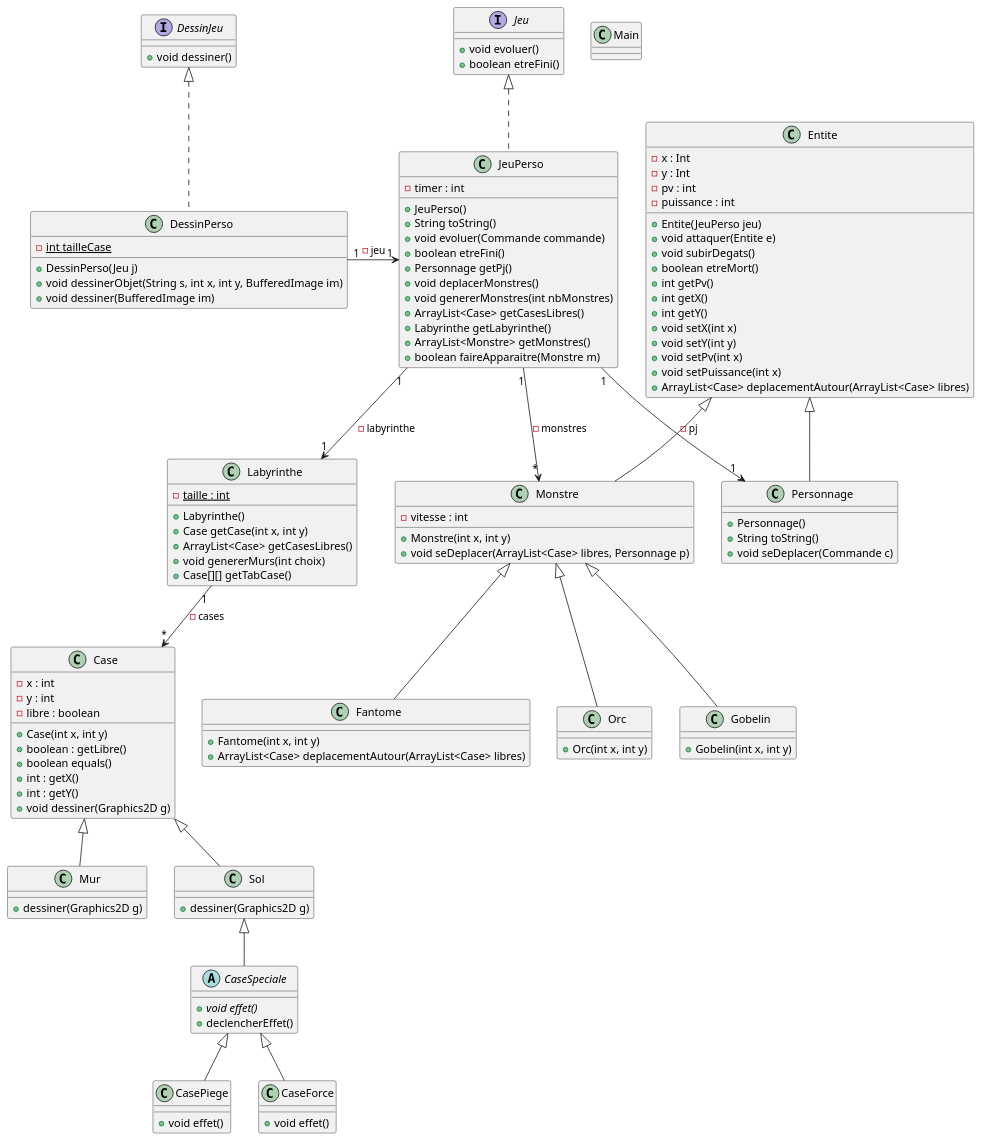
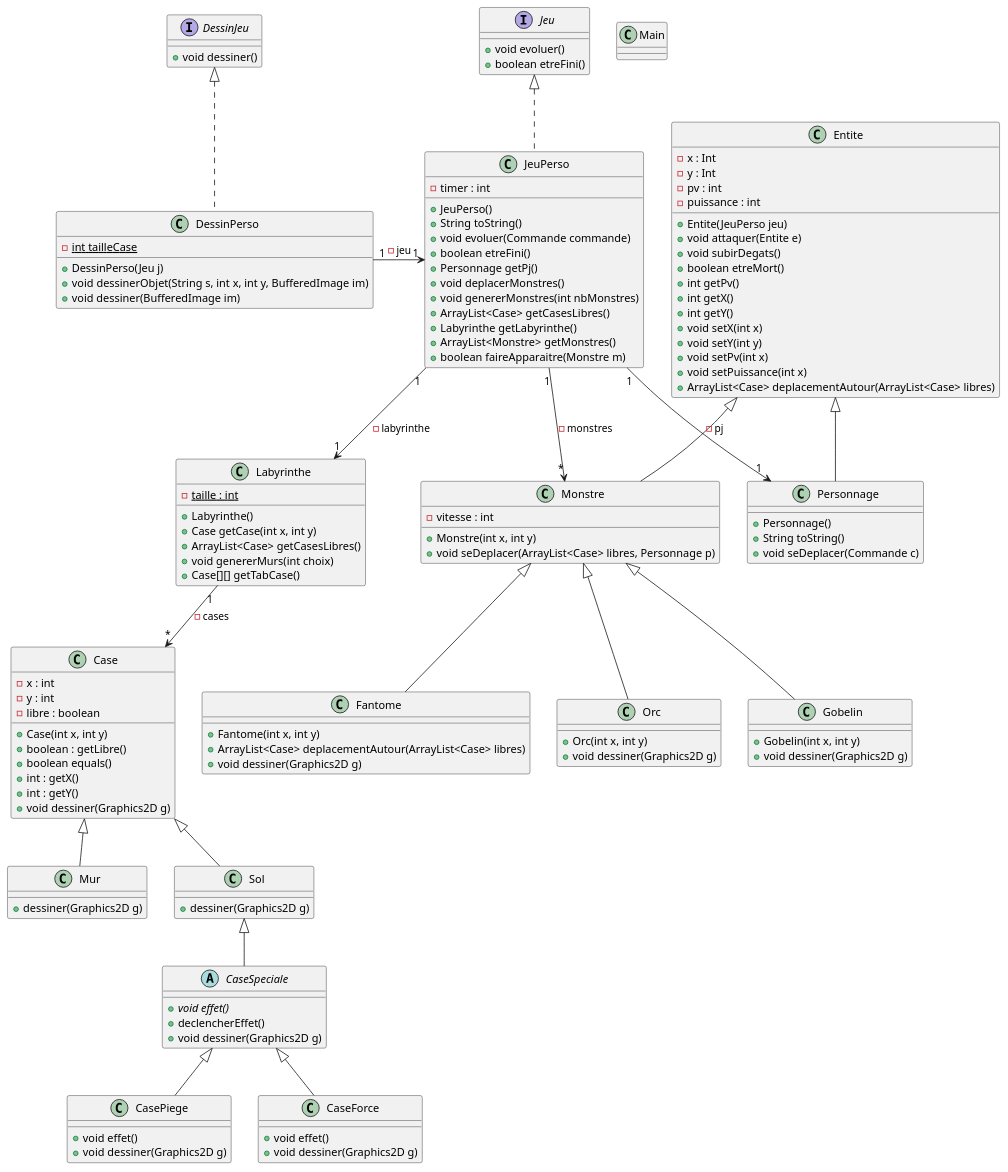
The diagram in documents/version5/diagramme.puml (MichelGrolet/2d-game), drawn with PlantUML before and after one commit. The commit also changed 7 other files, not shown here.

```diff
--- a/documents/version5/diagramme.puml
+++ b/documents/version5/diagramme.puml
@@ -1,127 +1,133 @@
 @startuml
 
 class Main {}
 
 class Labyrinthe {
     - {static} taille : int
     + Labyrinthe()
     + Case getCase(int x, int y)
     + ArrayList<Case> getCasesLibres()
     + void genererMurs(int choix)
     + Case[][] getTabCase()
 }
 Labyrinthe "1" --> "*" Case : - cases
 
 class Case {
     - x : int
     - y : int
     - libre : boolean
     + Case(int x, int y)
     + boolean : getLibre()
     + boolean equals()
     + int : getX()
     + int : getY()
     + void dessiner(Graphics2D g)
 }
 
 class Mur extends Case {
     + dessiner(Graphics2D g)
 }
 
 class Sol extends Case {
     + dessiner(Graphics2D g)
 }
 
 abstract class CaseSpeciale extends Sol {
     + {abstract} void effet()
     + declencherEffet()
+     + void dessiner(Graphics2D g)
 }
 
 class CasePiege extends CaseSpeciale {
      + void effet()
+     + void dessiner(Graphics2D g)
 }
 
 class CaseForce extends CaseSpeciale {
      + void effet()
+     + void dessiner(Graphics2D g)
 }
 
 class Entite {
     - x : Int
     - y : Int
     - pv : int
     - puissance : int
     + Entite(JeuPerso jeu)
     + void attaquer(Entite e)
     + void subirDegats()
     + boolean etreMort()
     + int getPv()
     + int getX()
     + int getY()
     + void setX(int x)
     + void setY(int y)
     + void setPv(int x)
     + void setPuissance(int x)
     + ArrayList<Case> deplacementAutour(ArrayList<Case> libres)
 }
 
 class Personnage extends Entite {
     + Personnage()
     + String toString()
     + void seDeplacer(Commande c)
 }
 
 class Monstre extends Entite {
     - vitesse : int
     + Monstre(int x, int y)
     + void seDeplacer(ArrayList<Case> libres, Personnage p)
 }
 
 class Fantome extends Monstre {
     + Fantome(int x, int y)
     + ArrayList<Case> deplacementAutour(ArrayList<Case> libres)
+    + void dessiner(Graphics2D g)
 }
 
 class Orc extends Monstre {
     + Orc(int x, int y)
+    + void dessiner(Graphics2D g)
 }
 
 class Gobelin extends Monstre {
     + Gobelin(int x, int y)
+    + void dessiner(Graphics2D g)
 }
 
 interface Jeu {
     + void evoluer()
     + boolean etreFini()
 }
 
 interface DessinJeu {
     + void dessiner()
 }
 
 class JeuPerso implements Jeu {
     - timer : int
     + JeuPerso()
     + String toString()
     + void evoluer(Commande commande)
     + boolean etreFini()
     + Personnage getPj()
     + void deplacerMonstres()
     + void genererMonstres(int nbMonstres)
     + ArrayList<Case> getCasesLibres()
     + Labyrinthe getLabyrinthe()
     + ArrayList<Monstre> getMonstres()
     + boolean faireApparaitre(Monstre m)
 }
 JeuPerso "1" --> "1" Labyrinthe : - labyrinthe
 JeuPerso "1" --> "1" Personnage : - pj
 JeuPerso "1" --> "*" Monstre : - monstres
 
 class DessinPerso implements DessinJeu {
     - {static} int tailleCase
     + DessinPerso(Jeu j)
     + void dessinerObjet(String s, int x, int y, BufferedImage im)
     + void dessiner(BufferedImage im)
 }
 DessinPerso "1" -> "1" JeuPerso : - jeu
 
 @enduml
```
